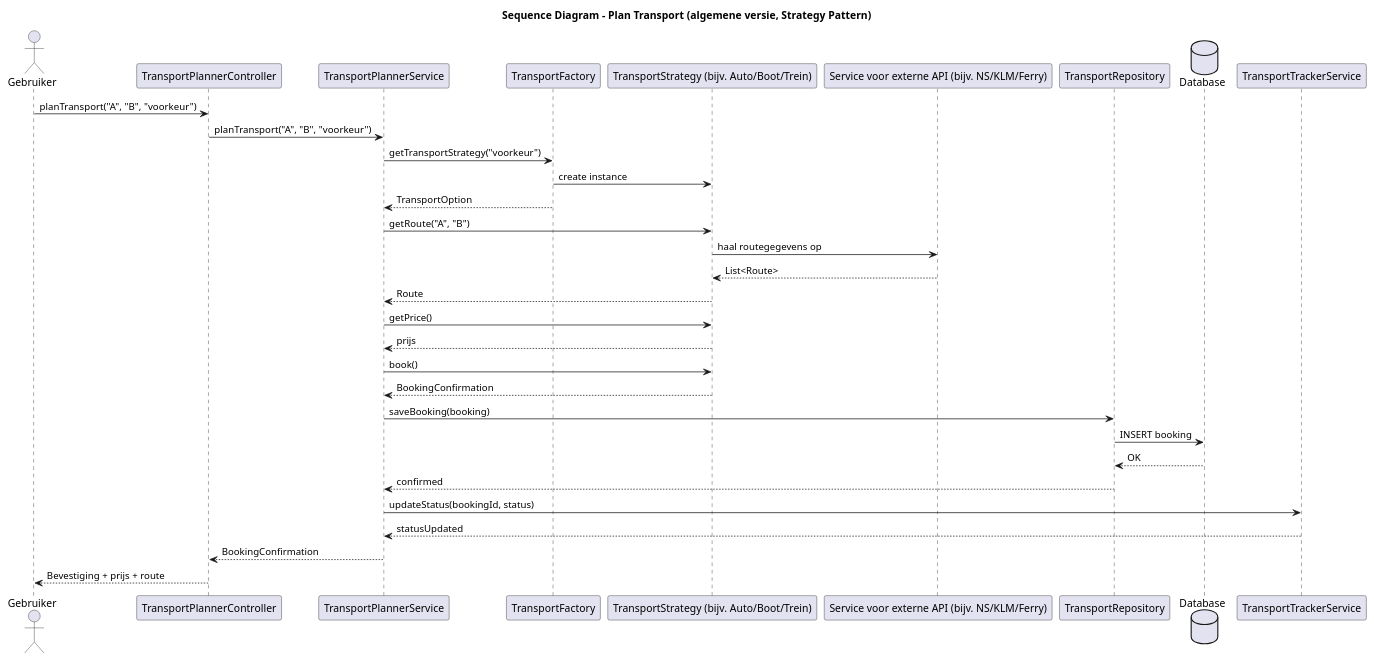
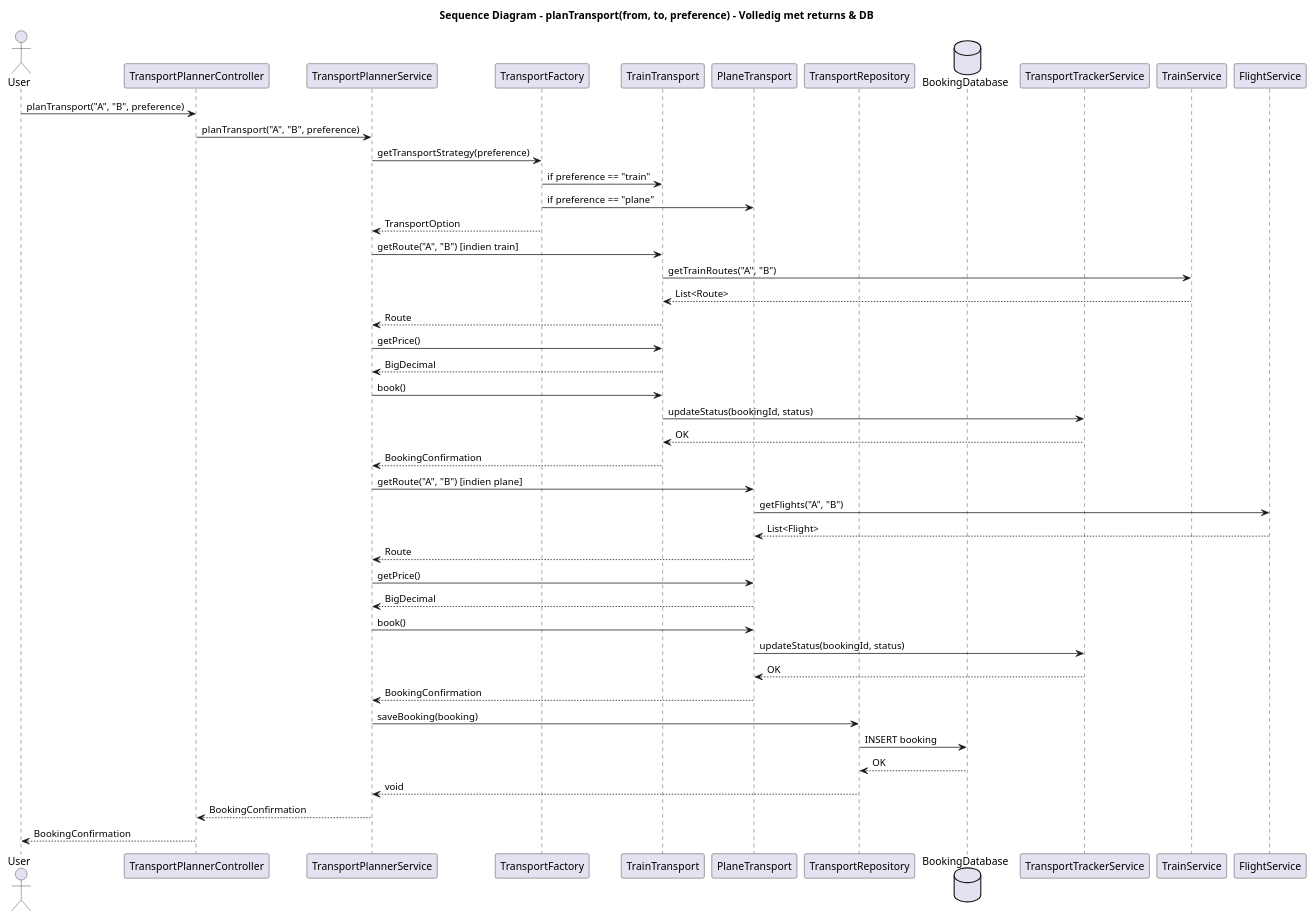
The diagram in W3/Diagrammen/ClassD/SequenceD/RickSequenceDiagram.puml (AIM-ENE-feb25/triptop-sqr-tech), drawn with PlantUML before and after one commit. The commit also changed 8 other files, not shown here.

```diff
--- a/W3/Diagrammen/ClassD/SequenceD/RickSequenceDiagram.puml
+++ b/W3/Diagrammen/ClassD/SequenceD/RickSequenceDiagram.puml
@@ -1,44 +1,61 @@
 @startuml
-title Sequence Diagram – Plan Transport (algemene versie, Strategy Pattern)
+title Sequence Diagram – planTransport(from, to, preference) – Volledig met returns & DB
 
-actor Gebruiker
-
+actor User
 participant TransportPlannerController
 participant TransportPlannerService
 participant TransportFactory
-participant ConcreteTransportStrategy as "TransportStrategy (bijv. Auto/Boot/Trein)"
-participant TransportService as "Service voor externe API (bijv. NS/KLM/Ferry)"
+participant TrainTransport
+participant PlaneTransport
 participant TransportRepository
-database Database
+database BookingDatabase
 participant TransportTrackerService
+participant TrainService
+participant FlightService
 
-Gebruiker -> TransportPlannerController : planTransport("A", "B", "voorkeur")
-TransportPlannerController -> TransportPlannerService : planTransport("A", "B", "voorkeur")
+User -> TransportPlannerController : planTransport("A", "B", preference)
+TransportPlannerController -> TransportPlannerService : planTransport("A", "B", preference)
 
-TransportPlannerService -> TransportFactory : getTransportStrategy("voorkeur")
-TransportFactory -> ConcreteTransportStrategy : create instance
+TransportPlannerService -> TransportFactory : getTransportStrategy(preference)
+TransportFactory -> TrainTransport : if preference == "train"
+TransportFactory -> PlaneTransport : if preference == "plane"
 TransportFactory --> TransportPlannerService : TransportOption
 
-TransportPlannerService -> ConcreteTransportStrategy : getRoute("A", "B")
-ConcreteTransportStrategy -> TransportService : haal routegegevens op
-TransportService --> ConcreteTransportStrategy : List<Route>
-ConcreteTransportStrategy --> TransportPlannerService : Route
+' === Train Flow ===
+TransportPlannerService -> TrainTransport : getRoute("A", "B") [indien train]
+TrainTransport -> TrainService : getTrainRoutes("A", "B")
+TrainService --> TrainTransport : List<Route>
+TrainTransport --> TransportPlannerService : Route
 
-TransportPlannerService -> ConcreteTransportStrategy : getPrice()
-ConcreteTransportStrategy --> TransportPlannerService : prijs
+TransportPlannerService -> TrainTransport : getPrice()
+TrainTransport --> TransportPlannerService : BigDecimal
 
-TransportPlannerService -> ConcreteTransportStrategy : book()
-ConcreteTransportStrategy --> TransportPlannerService : BookingConfirmation
+TransportPlannerService -> TrainTransport : book()
+TrainTransport -> TransportTrackerService : updateStatus(bookingId, status)
+TransportTrackerService --> TrainTransport : OK
+TrainTransport --> TransportPlannerService : BookingConfirmation
 
+' === Plane Flow ===
+TransportPlannerService -> PlaneTransport : getRoute("A", "B") [indien plane]
+PlaneTransport -> FlightService : getFlights("A", "B")
+FlightService --> PlaneTransport : List<Flight>
+PlaneTransport --> TransportPlannerService : Route
+
+TransportPlannerService -> PlaneTransport : getPrice()
+PlaneTransport --> TransportPlannerService : BigDecimal
+
+TransportPlannerService -> PlaneTransport : book()
+PlaneTransport -> TransportTrackerService : updateStatus(bookingId, status)
+TransportTrackerService --> PlaneTransport : OK
+PlaneTransport --> TransportPlannerService : BookingConfirmation
+
+' === Opslaan booking ===
 TransportPlannerService -> TransportRepository : saveBooking(booking)
-TransportRepository -> Database : INSERT booking
-Database --> TransportRepository : OK
-TransportRepository --> TransportPlannerService : confirmed
-
-TransportPlannerService -> TransportTrackerService : updateStatus(bookingId, status)
-TransportTrackerService --> TransportPlannerService : statusUpdated
+TransportRepository -> BookingDatabase : INSERT booking
+BookingDatabase --> TransportRepository : OK
+TransportRepository --> TransportPlannerService : void
 
 TransportPlannerService --> TransportPlannerController : BookingConfirmation
-TransportPlannerController --> Gebruiker : Bevestiging + prijs + route
+TransportPlannerController --> User : BookingConfirmation
 
 @enduml
```
